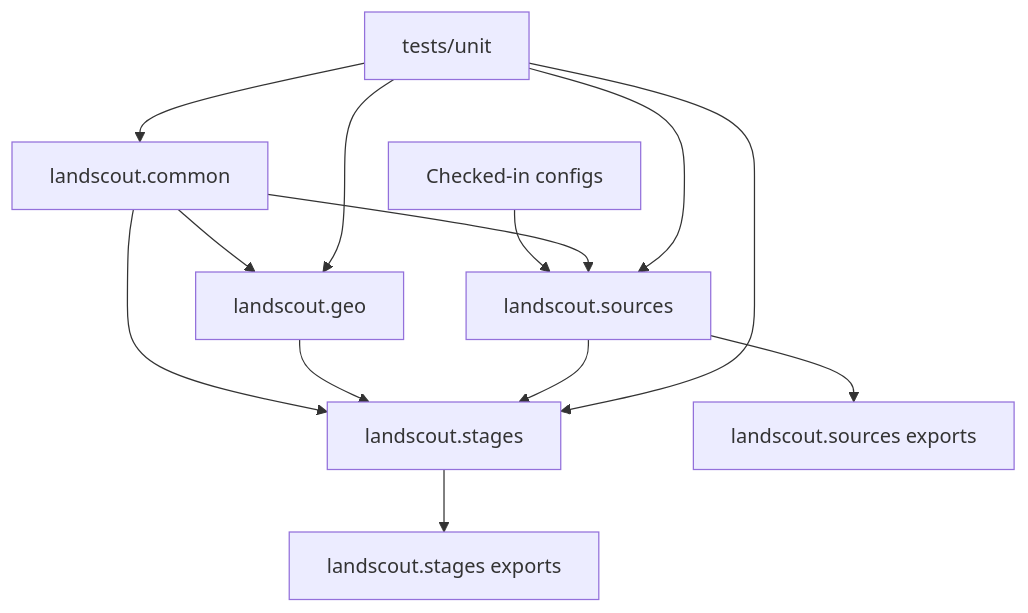
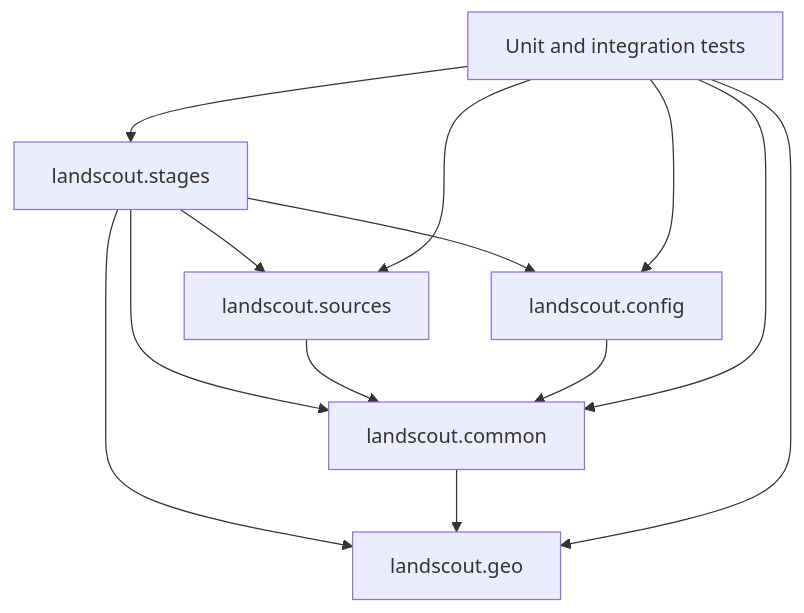
Before and after one commit to hmsouhaib/landscout-ai: the first of 2 diagrams in docs/code/ARCHITECTURE.md, drawn with Mermaid. The commit also changed other lines of this file and 138 other files, not shown here.

````diff
--- a/docs/code/ARCHITECTURE.md
+++ b/docs/code/ARCHITECTURE.md
@@ -37,15 +39,15 @@
 ```mermaid
 flowchart TD
-    Config[Checked-in configs] --> Sources[landscout.sources]
-    Common[landscout.common] --> Sources
-    Common --> Geo[landscout.geo]
-    Common --> Stages[landscout.stages]
-    Geo --> Stages
-    Sources --> Stages
-    Stages --> Public[landscout.stages exports]
-    Sources --> SourcePublic[landscout.sources exports]
-    Tests[tests/unit] --> Common
+    Stages[landscout.stages] --> Sources[landscout.sources]
+    Stages --> Common[landscout.common]
+    Stages --> Geo[landscout.geo]
+    Stages --> Config[landscout.config]
+    Sources --> Common
+    Config --> Common
+    Common --> Geo
+    Tests[Unit and integration tests] --> Common
     Tests --> Geo
     Tests --> Sources
     Tests --> Stages
+    Tests --> Config
 ```
````
